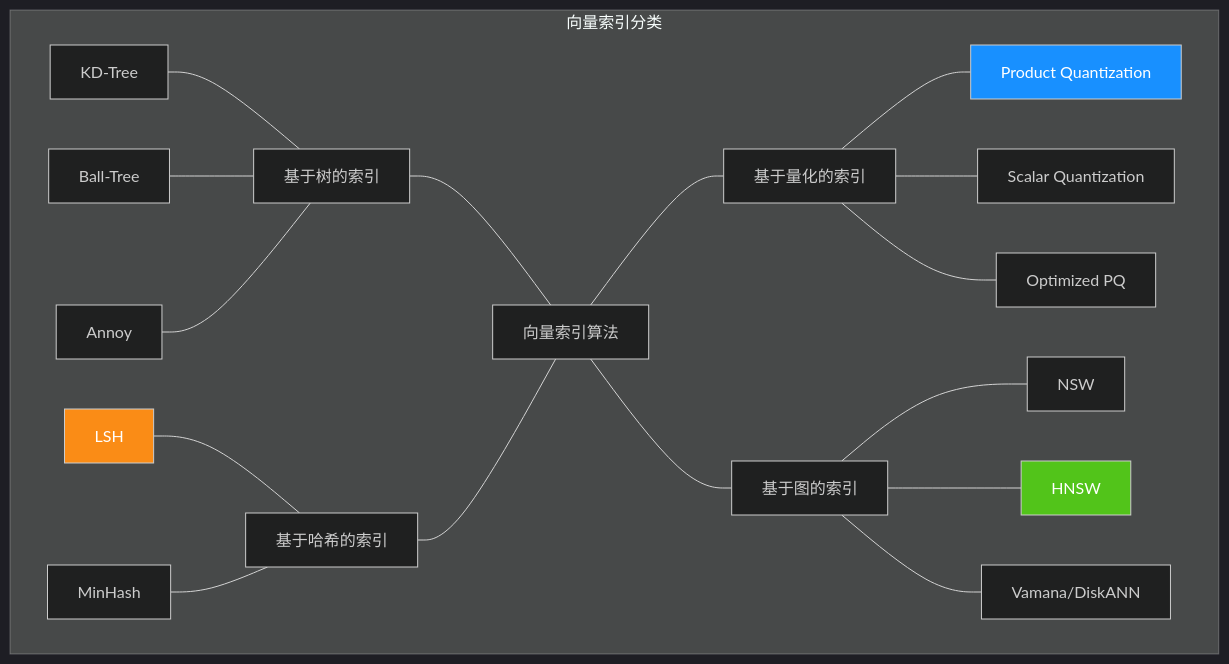
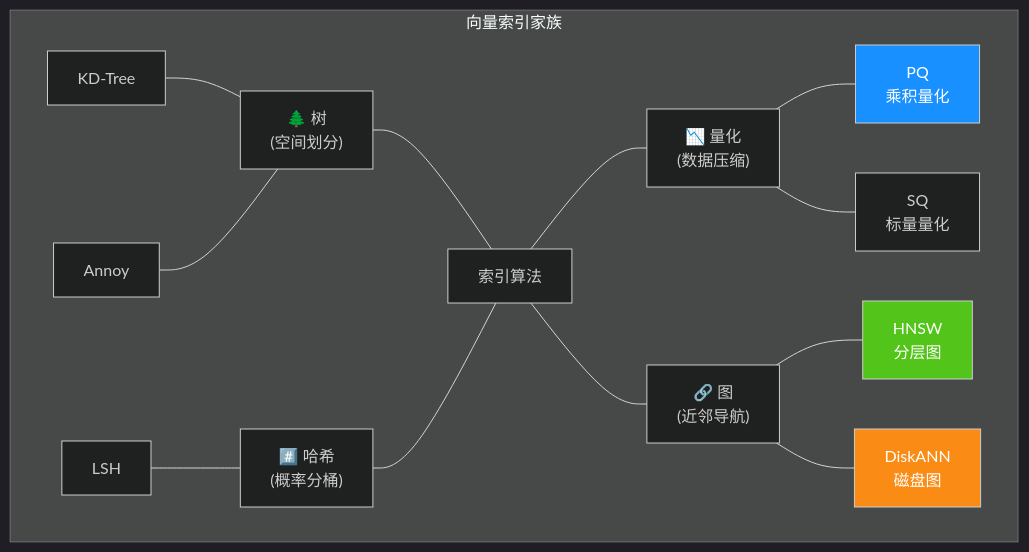
Before and after one commit to ThreeFish-AI/agentic-ai-cognizes: diagram 36 of 37 in docs/research/003-vector-search-algorithm.md, drawn with Mermaid. The commit also changed other lines of this file, not shown here.

````diff
--- a/docs/research/003-vector-search-algorithm.md
+++ b/docs/research/003-vector-search-algorithm.md
@@ -2876,37 +2848,33 @@
 ```mermaid
 %%{init: {'theme': 'dark'}}%%
 graph LR
-    subgraph "向量索引分类"
+    subgraph "向量索引家族"
         direction LR
-        ROOT[向量索引算法]
+        ROOT[索引算法]
 
-        %% 左侧分支 (Left Side)
-        TREE[基于树的索引] --- ROOT
-        HASH[基于哈希的索引] --- ROOT
+        %% 左侧分支
+        TREE["🌲 树<br/>(空间划分)"] --- ROOT
+        HASH["#️⃣ 哈希<br/>(概率分桶)"] --- ROOT
 
-        %% 左侧叶子 (Leaves extend to left)
+        %% 左侧叶子
         KD[KD-Tree] --- TREE
-        BALL[Ball-Tree] --- TREE
         ANNOY[Annoy] --- TREE
 
         LSH[LSH] --- HASH
-        MINHASH[MinHash] --- HASH
 
-        %% 右侧分支 (Right Side)
-        ROOT --- QUANT[基于量化的索引]
-        ROOT --- GRAPH[基于图的索引]
+        %% 右侧分支
+        ROOT --- QUANT["📉 量化<br/>(数据压缩)"]
+        ROOT --- GRAPH["🔗 图<br/>(近邻导航)"]
 
-        %% 右侧叶子 (Leaves extend to right)
-        QUANT --- PQ[Product Quantization]
-        QUANT --- SQ[Scalar Quantization]
-        QUANT --- OPQ[Optimized PQ]
+        %% 右侧叶子
+        QUANT --- PQ[PQ<br/>乘积量化]
+        QUANT --- SQ[SQ<br/>标量量化]
 
-        GRAPH --- NSW[NSW]
-        GRAPH --- HNSW[HNSW]
-        GRAPH --- VAMANA[Vamana/DiskANN]
+        GRAPH --- HNSW[HNSW<br/>分层图]
+        GRAPH --- DISK[DiskANN<br/>磁盘图]
     end
 
     style HNSW fill:#52c41a,color:#fff
     style PQ fill:#1890ff,color:#fff
-    style LSH fill:#fa8c16,color:#fff
+    style DISK fill:#fa8c16,color:#fff
 ```
````
